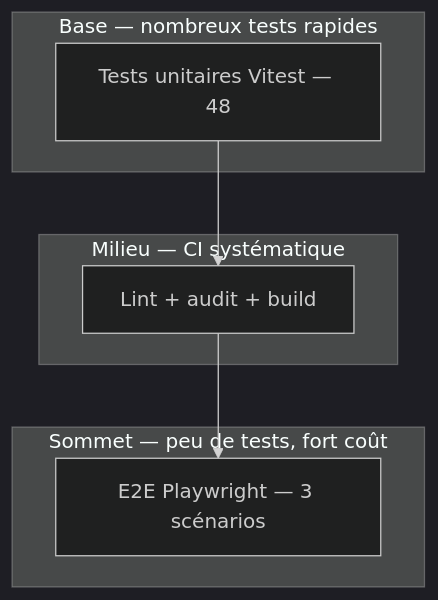
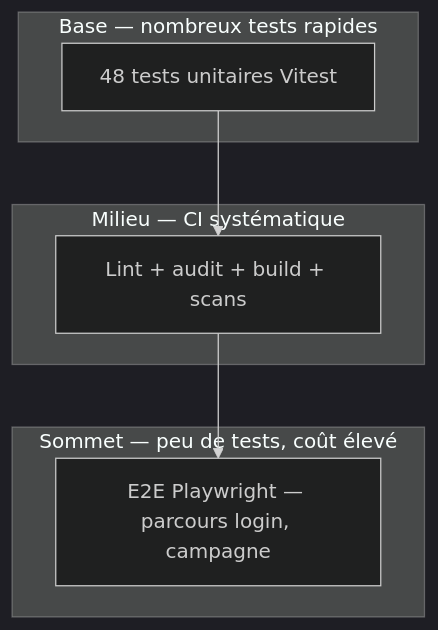
Before and after one commit to Meriem1403/Hublot: the diagram in docs/1.2 Préparer le déploiement d'une application/1.2.1 Les enjeux des plans de test.md, drawn with Mermaid (dark theme). The commit also changed other lines of this file and 91 other files, not shown here.

````diff
--- a/docs/1.2 Préparer le déploiement d'une application/1.2.1 Les enjeux des plans de test.md
+++ b/docs/1.2 Préparer le déploiement d'une application/1.2.1 Les enjeux des plans de test.md
@@ -96,13 +73,13 @@
 ```mermaid
 flowchart TB
-  subgraph top [Sommet — peu de tests, fort coût]
-    E2E[E2E Playwright — 3 scénarios]
+  subgraph top [Sommet — peu de tests, coût élevé]
+    E2E[E2E Playwright — parcours login, campagne]
   end
   subgraph mid [Milieu — CI systématique]
-    CI[Lint + audit + build]
+    CI[Lint + audit + build + scans]
   end
   subgraph base [Base — nombreux tests rapides]
-    U[Tests unitaires Vitest — 48]
+    U[48 tests unitaires Vitest]
   end
   U --> CI --> E2E
 ```
````
